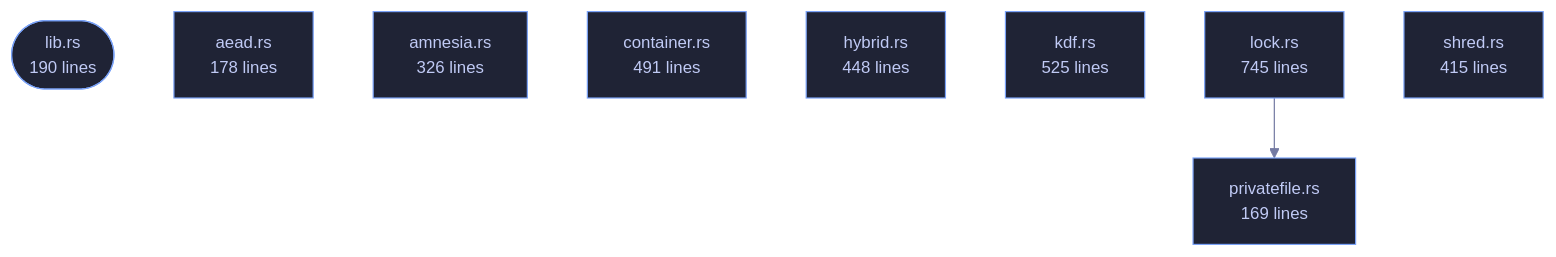
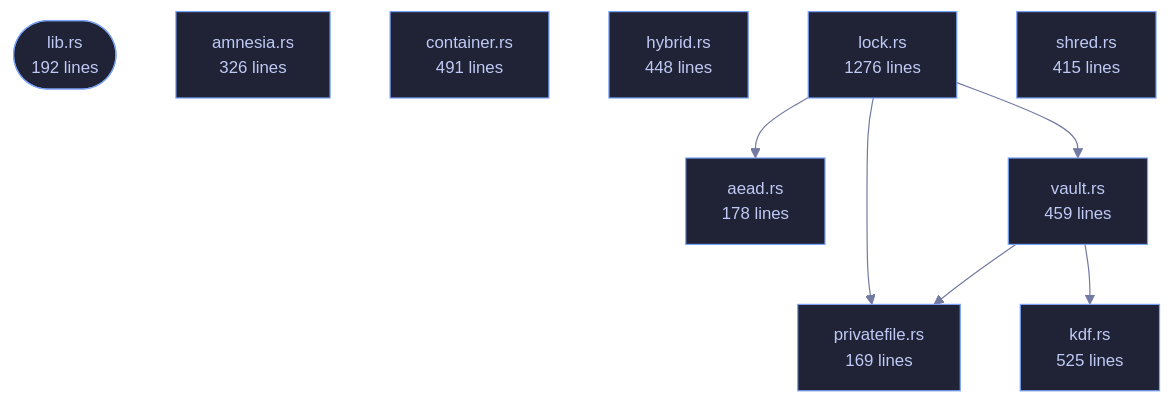
Before and after one commit to tilas01/veilvoice: the diagram in crates/veilvoice-crypto/README.md, drawn with Mermaid. The commit also changed other lines of this file and 57 other files, not shown here.

````diff
--- a/crates/veilvoice-crypto/README.md
+++ b/crates/veilvoice-crypto/README.md
@@ -108,23 +108,29 @@
 ```mermaid
 %%{init: {"theme":"base","themeVariables":{"background":"#1a1b26","primaryColor":"#1f2335","primaryTextColor":"#c0caf5","primaryBorderColor":"#7aa2f7","secondaryColor":"#16161e","tertiaryColor":"#16161e","lineColor":"#737aa2","textColor":"#c0caf5","mainBkg":"#1f2335","nodeBorder":"#7aa2f7","clusterBkg":"#16161e","clusterBorder":"#2f3549","fontFamily":"ui-monospace, SFMono-Regular, Consolas, monospace","fontSize":"14px"}}}%%
 flowchart TD
-    n_lib(["lib.rs<br/>190 lines"])
+    n_lib(["lib.rs<br/>192 lines"])
     n_aead["aead.rs<br/>178 lines"]
     n_amnesia["amnesia.rs<br/>326 lines"]
     n_container["container.rs<br/>491 lines"]
     n_hybrid["hybrid.rs<br/>448 lines"]
     n_kdf["kdf.rs<br/>525 lines"]
-    n_lock["lock.rs<br/>745 lines"]
+    n_lock["lock.rs<br/>1276 lines"]
     n_privatefile["privatefile.rs<br/>169 lines"]
     n_shred["shred.rs<br/>415 lines"]
+    n_vault["vault.rs<br/>459 lines"]
+    n_lock --> n_aead
     n_lock --> n_privatefile
+    n_lock --> n_vault
+    n_vault --> n_kdf
+    n_vault --> n_privatefile
     click n_lib href "https://github.com/tilas01/veilvoice/blob/main/crates/veilvoice-crypto/src/lib.rs" "open the source"
     click n_aead href "https://github.com/tilas01/veilvoice/blob/main/crates/veilvoice-crypto/src/aead.rs" "open the source"
     click n_amnesia href "https://github.com/tilas01/veilvoice/blob/main/crates/veilvoice-crypto/src/amnesia.rs" "open the source"
     click n_container href "https://github.com/tilas01/veilvoice/blob/main/crates/veilvoice-crypto/src/container.rs" "open the source"
     click n_hybrid href "https://github.com/tilas01/veilvoice/blob/main/crates/veilvoice-crypto/src/hybrid.rs" "open the source"
     click n_kdf href "https://github.com/tilas01/veilvoice/blob/main/crates/veilvoice-crypto/src/kdf.rs" "open the source"
     click n_lock href "https://github.com/tilas01/veilvoice/blob/main/crates/veilvoice-crypto/src/lock.rs" "open the source"
     click n_privatefile href "https://github.com/tilas01/veilvoice/blob/main/crates/veilvoice-crypto/src/privatefile.rs" "open the source"
     click n_shred href "https://github.com/tilas01/veilvoice/blob/main/crates/veilvoice-crypto/src/shred.rs" "open the source"
+    click n_vault href "https://github.com/tilas01/veilvoice/blob/main/crates/veilvoice-crypto/src/vault.rs" "open the source"
 ```
````
